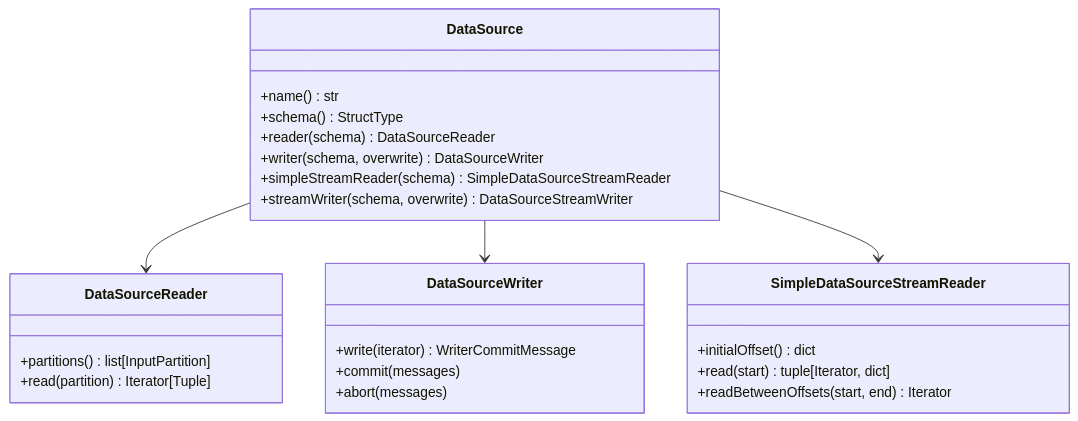
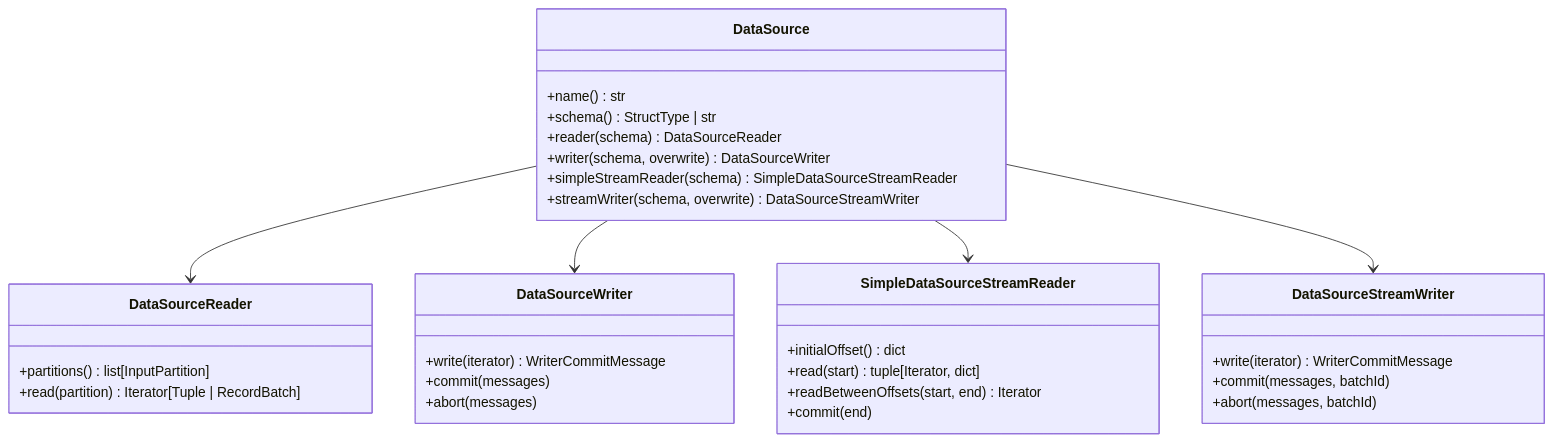
One commit to mahfooziiitian/spark-batch changed the diagram in spark-python/pyspark-datasource/pyspark-ds-custom/docs/api/index.md. Above: the diagram before and after it, drawn with Mermaid. The commit also changed other lines of this file and 67 other files, not shown here.

````diff
--- a/spark-python/pyspark-datasource/pyspark-ds-custom/docs/api/index.md
+++ b/spark-python/pyspark-datasource/pyspark-ds-custom/docs/api/index.md
@@ -36,28 +42,35 @@
 ```mermaid
 classDiagram
     class DataSource {
         +name() str
-        +schema() StructType
+        +schema() StructType | str
         +reader(schema) DataSourceReader
         +writer(schema, overwrite) DataSourceWriter
         +simpleStreamReader(schema) SimpleDataSourceStreamReader
         +streamWriter(schema, overwrite) DataSourceStreamWriter
     }
     class DataSourceReader {
         +partitions() list[InputPartition]
-        +read(partition) Iterator[Tuple]
+        +read(partition) Iterator[Tuple | RecordBatch]
     }
     class DataSourceWriter {
         +write(iterator) WriterCommitMessage
         +commit(messages)
         +abort(messages)
     }
     class SimpleDataSourceStreamReader {
         +initialOffset() dict
         +read(start) tuple[Iterator, dict]
         +readBetweenOffsets(start, end) Iterator
+        +commit(end)
+    }
+    class DataSourceStreamWriter {
+        +write(iterator) WriterCommitMessage
+        +commit(messages, batchId)
+        +abort(messages, batchId)
     }
     DataSource --> DataSourceReader
     DataSource --> DataSourceWriter
     DataSource --> SimpleDataSourceStreamReader
+    DataSource --> DataSourceStreamWriter
 ```
````
